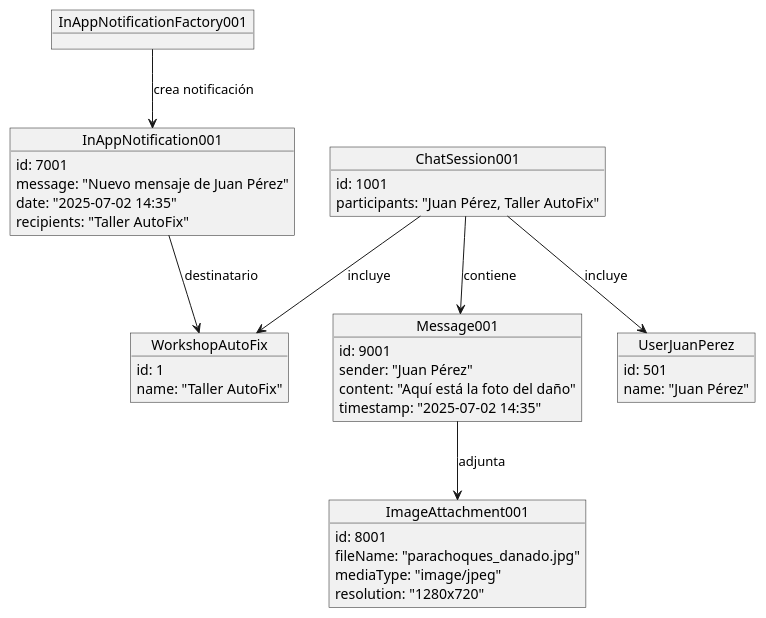
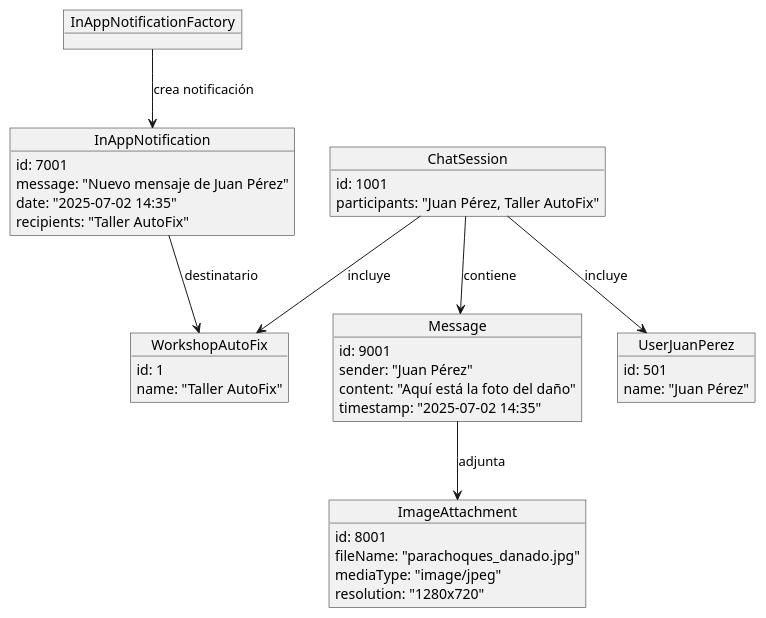
Before and after one commit to SoftwareD-P/Proyect-Documentation: the diagram in Diagrams/objects/notifications-object-diagram.puml, drawn with PlantUML. The commit also changed 14 other files, not shown here.

Commit message:
chore(Diagrams): Diagram proyects added

```diff
--- a/Diagrams/objects/notifications-object-diagram.puml
+++ b/Diagrams/objects/notifications-object-diagram.puml
@@ -1,50 +1,50 @@
 @startuml Notifications BC Object Diagram
 
 object UserJuanPerez {
   id: 501
   name: "Juan Pérez"
 }
 
 object WorkshopAutoFix {
   id: 1
   name: "Taller AutoFix"
 }
 
-object ChatSession001 {
+object ChatSession {
   id: 1001
   participants: "Juan Pérez, Taller AutoFix"
 }
 
-object Message001 {
+object Message {
   id: 9001
   sender: "Juan Pérez"
   content: "Aquí está la foto del daño"
   timestamp: "2025-07-02 14:35"
 }
 
-object ImageAttachment001 {
+object ImageAttachment {
   id: 8001
   fileName: "parachoques_danado.jpg"
   mediaType: "image/jpeg"
   resolution: "1280x720"
 }
 
-object InAppNotification001 {
+object InAppNotification {
   id: 7001
   message: "Nuevo mensaje de Juan Pérez"
   date: "2025-07-02 14:35"
   recipients: "Taller AutoFix"
 }
 
-object InAppNotificationFactory001
+object InAppNotificationFactory
 
-ChatSession001 --> UserJuanPerez : incluye
-ChatSession001 --> WorkshopAutoFix : incluye
-ChatSession001 --> Message001 : contiene
+ChatSession --> UserJuanPerez : incluye
+ChatSession --> WorkshopAutoFix : incluye
+ChatSession --> Message : contiene
 
-Message001 --> ImageAttachment001 : adjunta
+Message --> ImageAttachment : adjunta
 
-InAppNotificationFactory001 --> InAppNotification001 : crea notificación
-InAppNotification001 --> WorkshopAutoFix : destinatario
+InAppNotificationFactory --> InAppNotification : crea notificación
+InAppNotification --> WorkshopAutoFix : destinatario
 
 @enduml
```
